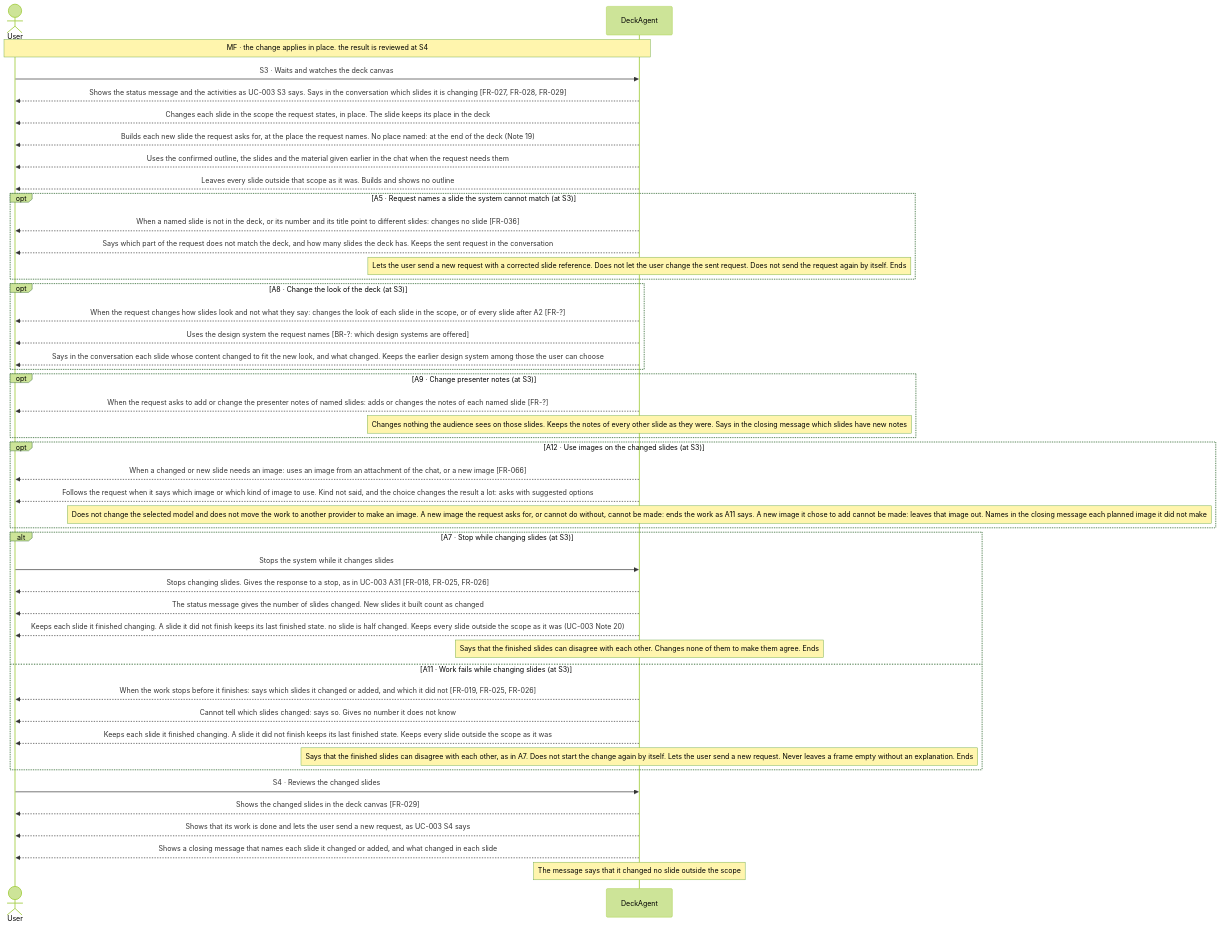
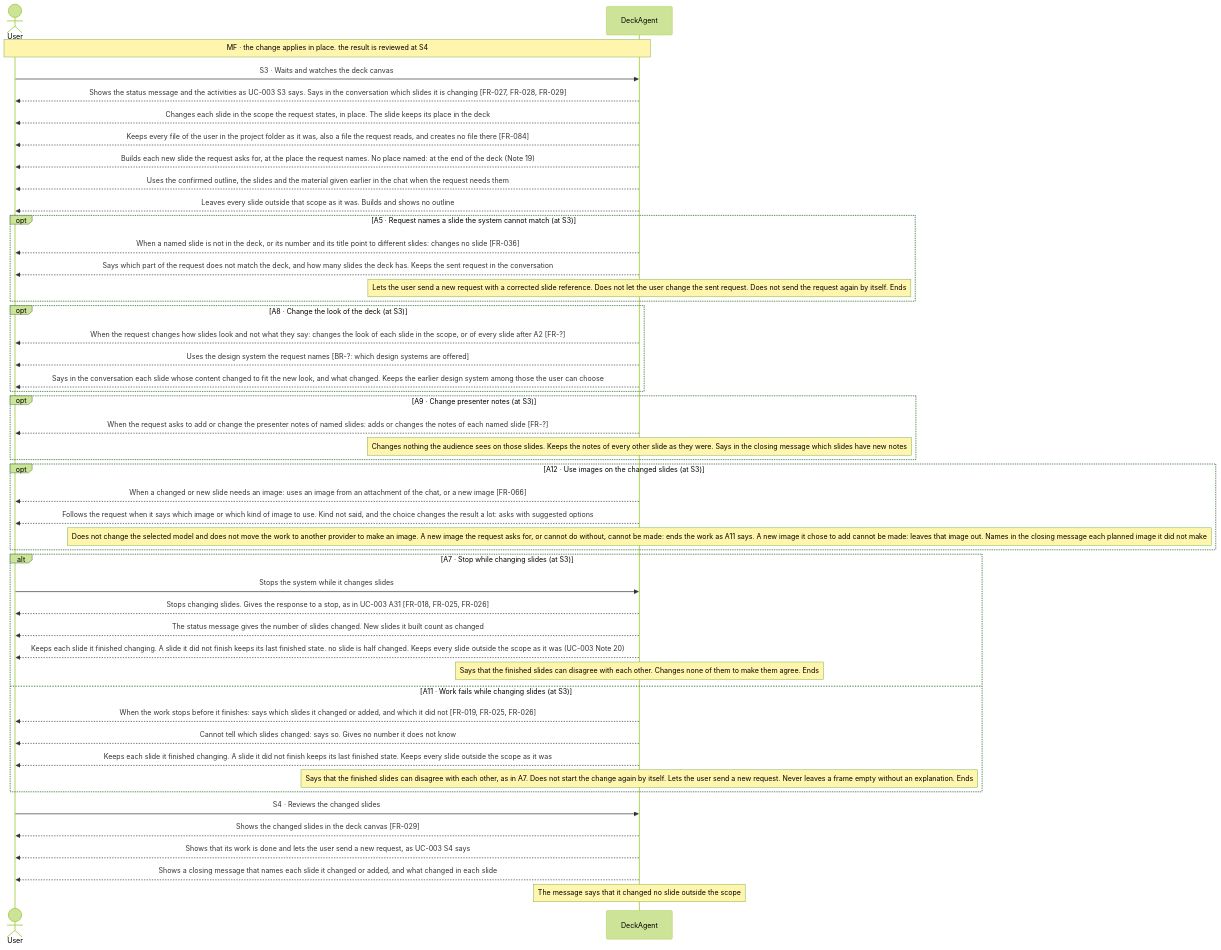
Before and after one commit to Luke23127006/DeckAgent: the second of 2 diagrams in docs/spec/03-use-cases/UC-002.md, drawn with Mermaid (forest theme). The commit also changed 31 other files, not shown here.

````diff
--- a/docs/spec/03-use-cases/UC-002.md
+++ b/docs/spec/03-use-cases/UC-002.md
@@ -86,48 +86,49 @@
 ```mermaid
 sequenceDiagram
     actor User
     participant DeckAgent
     Note over User,DeckAgent: MF · the change applies in place. the result is reviewed at S4
     User->>DeckAgent: S3 · Waits and watches the deck canvas
     DeckAgent-->>User: Shows the status message and the activities as UC-003 S3 says. Says in the conversation which slides it is changing [FR-027, FR-028, FR-029]
     DeckAgent-->>User: Changes each slide in the scope the request states, in place. The slide keeps its place in the deck
+    DeckAgent-->>User: Keeps every file of the user in the project folder as it was, also a file the request reads, and creates no file there [FR-084]
     DeckAgent-->>User: Builds each new slide the request asks for, at the place the request names. No place named: at the end of the deck (Note 19)
     DeckAgent-->>User: Uses the confirmed outline, the slides and the material given earlier in the chat when the request needs them
     DeckAgent-->>User: Leaves every slide outside that scope as it was. Builds and shows no outline
     opt A5 · Request names a slide the system cannot match (at S3)
         DeckAgent-->>User: When a named slide is not in the deck, or its number and its title point to different slides: changes no slide [FR-036]
         DeckAgent-->>User: Says which part of the request does not match the deck, and how many slides the deck has. Keeps the sent request in the conversation
         note over DeckAgent: Lets the user send a new request with a corrected slide reference. Does not let the user change the sent request. Does not send the request again by itself. Ends
     end
     opt A8 · Change the look of the deck (at S3)
         DeckAgent-->>User: When the request changes how slides look and not what they say: changes the look of each slide in the scope, or of every slide after A2 [FR-?]
         DeckAgent-->>User: Uses the design system the request names [BR-?: which design systems are offered]
         DeckAgent-->>User: Says in the conversation each slide whose content changed to fit the new look, and what changed. Keeps the earlier design system among those the user can choose
     end
     opt A9 · Change presenter notes (at S3)
         DeckAgent-->>User: When the request asks to add or change the presenter notes of named slides: adds or changes the notes of each named slide [FR-?]
         note over DeckAgent: Changes nothing the audience sees on those slides. Keeps the notes of every other slide as they were. Says in the closing message which slides have new notes
     end
     opt A12 · Use images on the changed slides (at S3)
         DeckAgent-->>User: When a changed or new slide needs an image: uses an image from an attachment of the chat, or a new image [FR-066]
         DeckAgent-->>User: Follows the request when it says which image or which kind of image to use. Kind not said, and the choice changes the result a lot: asks with suggested options
         note over DeckAgent: Does not change the selected model and does not move the work to another provider to make an image. A new image the request asks for, or cannot do without, cannot be made: ends the work as A11 says. A new image it chose to add cannot be made: leaves that image out. Names in the closing message each planned image it did not make
     end
     alt A7 · Stop while changing slides (at S3)
         User->>DeckAgent: Stops the system while it changes slides
         DeckAgent-->>User: Stops changing slides. Gives the response to a stop, as in UC-003 A31 [FR-018, FR-025, FR-026]
         DeckAgent-->>User: The status message gives the number of slides changed. New slides it built count as changed
         DeckAgent-->>User: Keeps each slide it finished changing. A slide it did not finish keeps its last finished state. no slide is half changed. Keeps every slide outside the scope as it was (UC-003 Note 20)
         note over DeckAgent: Says that the finished slides can disagree with each other. Changes none of them to make them agree. Ends
     else A11 · Work fails while changing slides (at S3)
         DeckAgent-->>User: When the work stops before it finishes: says which slides it changed or added, and which it did not [FR-019, FR-025, FR-026]
         DeckAgent-->>User: Cannot tell which slides changed: says so. Gives no number it does not know
         DeckAgent-->>User: Keeps each slide it finished changing. A slide it did not finish keeps its last finished state. Keeps every slide outside the scope as it was
         note over DeckAgent: Says that the finished slides can disagree with each other, as in A7. Does not start the change again by itself. Lets the user send a new request. Never leaves a frame empty without an explanation. Ends
     end
     User->>DeckAgent: S4 · Reviews the changed slides
     DeckAgent-->>User: Shows the changed slides in the deck canvas [FR-029]
     DeckAgent-->>User: Shows that its work is done and lets the user send a new request, as UC-003 S4 says
     DeckAgent-->>User: Shows a closing message that names each slide it changed or added, and what changed in each slide
     note over DeckAgent: The message says that it changed no slide outside the scope
 ```
````
